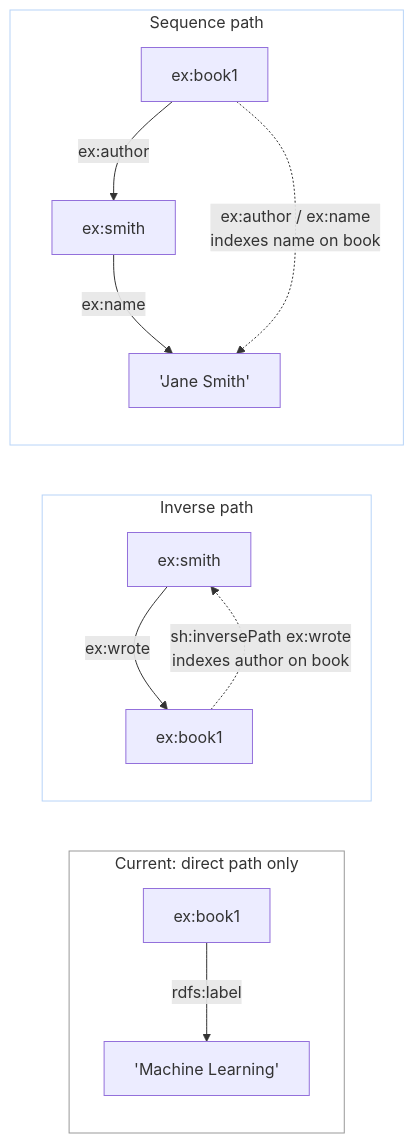
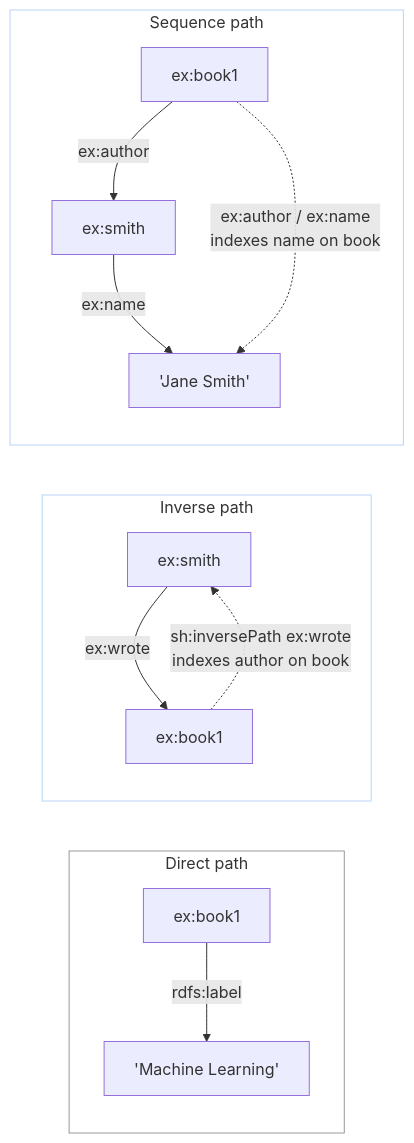
One commit to apache/jena changed the sixth of 11 diagrams in docs/08-use-cases.md. Above: the diagram before and after it, drawn with Mermaid. The commit also changed other lines of this file and 69 other files, not shown here.

````diff
--- a/docs/08-use-cases.md
+++ b/docs/08-use-cases.md
@@ -208,21 +206,21 @@
 ```mermaid
 flowchart LR
-    subgraph direct["Current: direct path only"]
+    subgraph direct["Direct path"]
         B1["ex:book1"] -- "rdfs:label" --> L1["'Machine Learning'"]
     end
 
     subgraph inverse["Inverse path"]
         P1["ex:smith"] -- "ex:wrote" --> B2["ex:book1"]
         B2 -. "sh:inversePath ex:wrote<br/>indexes author on book" .-> P1
     end
 
     subgraph sequence["Sequence path"]
         B3["ex:book1"] -- "ex:author" --> P2["ex:smith"]
         P2 -- "ex:name" --> N1["'Jane Smith'"]
         B3 -. "ex:author / ex:name<br/>indexes name on book" .-> N1
     end
 
     style direct fill:none,stroke:#999
     style inverse fill:none,stroke:#b8d4f8
     style sequence fill:none,stroke:#b8d4f8
 ```
````
